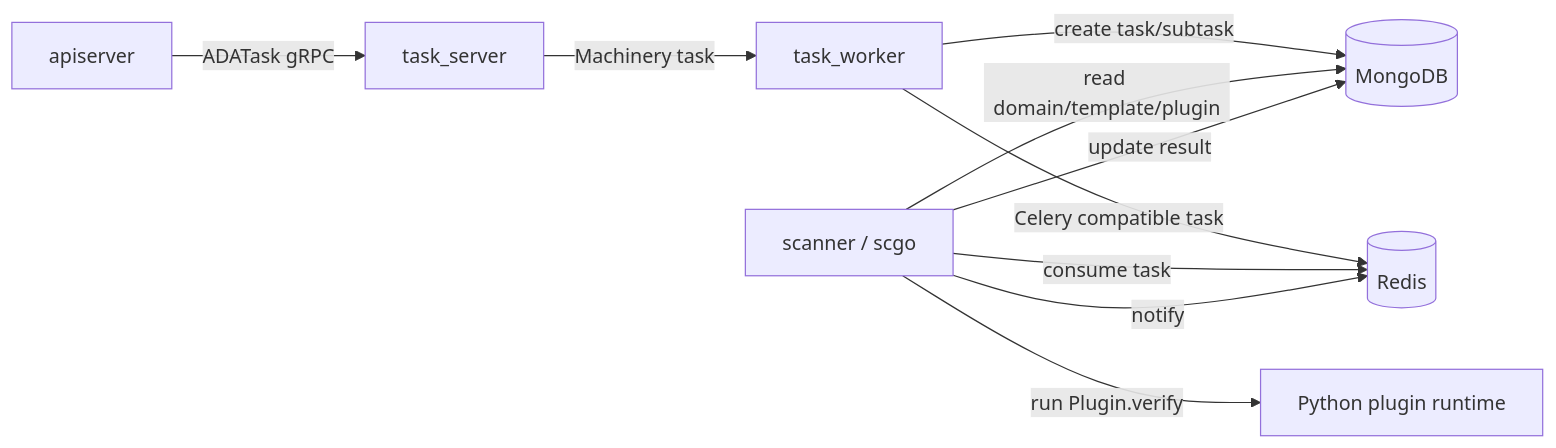
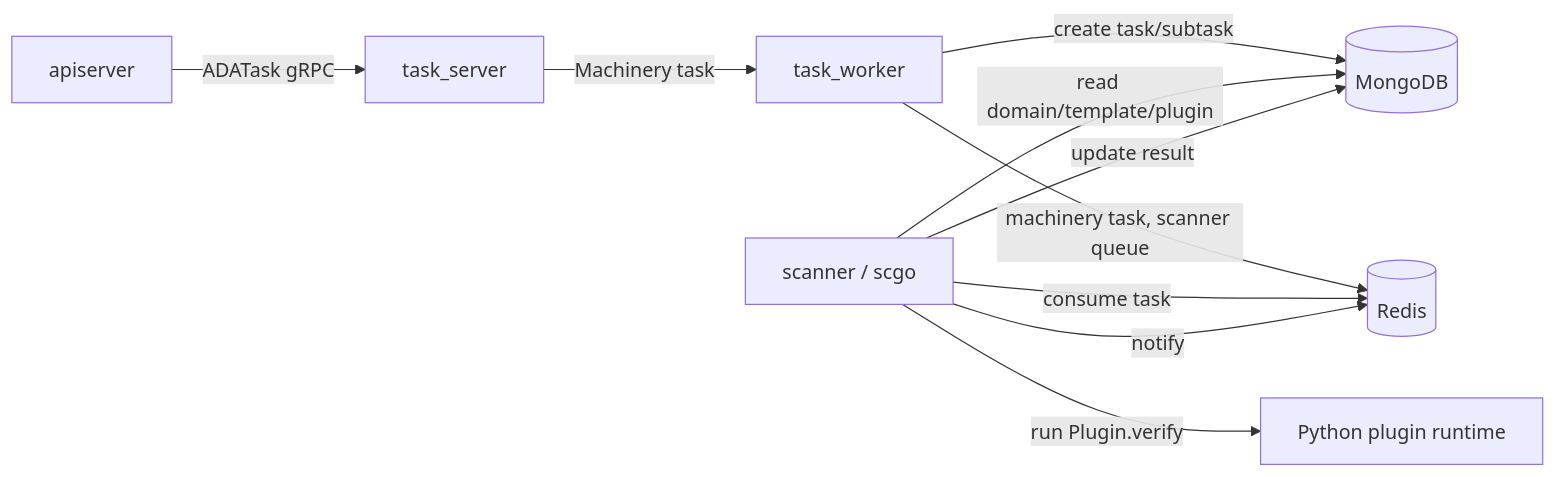
Before and after one commit to Lingerhk/ada: the diagram in docs/07-scanner.md, drawn with Mermaid. The commit also changed other lines of this file and 29 other files, not shown here.

First line of the commit message:
Unify task dispatch on machinery and remove the gocelery fork

````diff
--- a/docs/07-scanner.md
+++ b/docs/07-scanner.md
@@ -7,12 +7,12 @@
 ```mermaid
 flowchart LR
   API[apiserver] -->|ADATask gRPC| TS[task_server]
   TS -->|Machinery task| TW[task_worker]
   TW -->|create task/subtask| Mongo[(MongoDB)]
-  TW -->|Celery compatible task| Redis[(Redis)]
+  TW -->|machinery task, scanner queue| Redis[(Redis)]
   Scanner[scanner / scgo] -->|consume task| Redis
   Scanner -->|read domain/template/plugin| Mongo
   Scanner -->|run Plugin.verify| Python[Python plugin runtime]
   Scanner -->|update result| Mongo
   Scanner -->|notify| Redis
 ```
````
